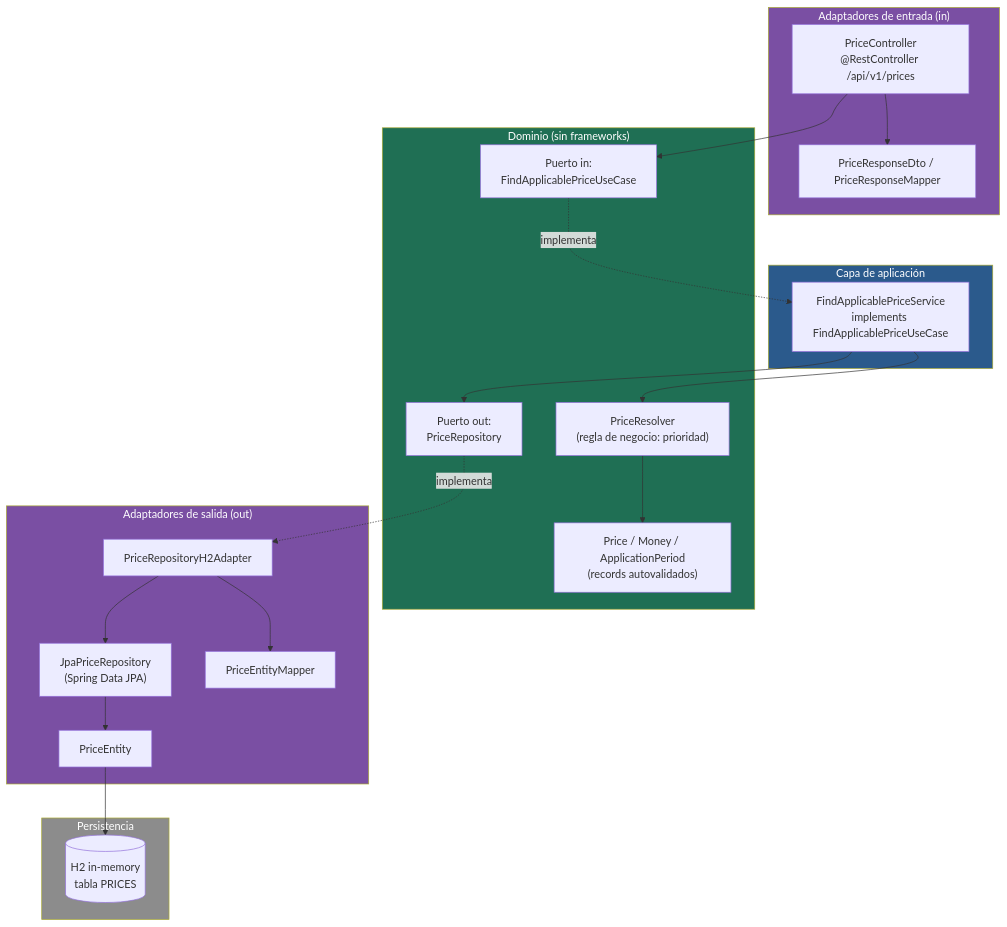
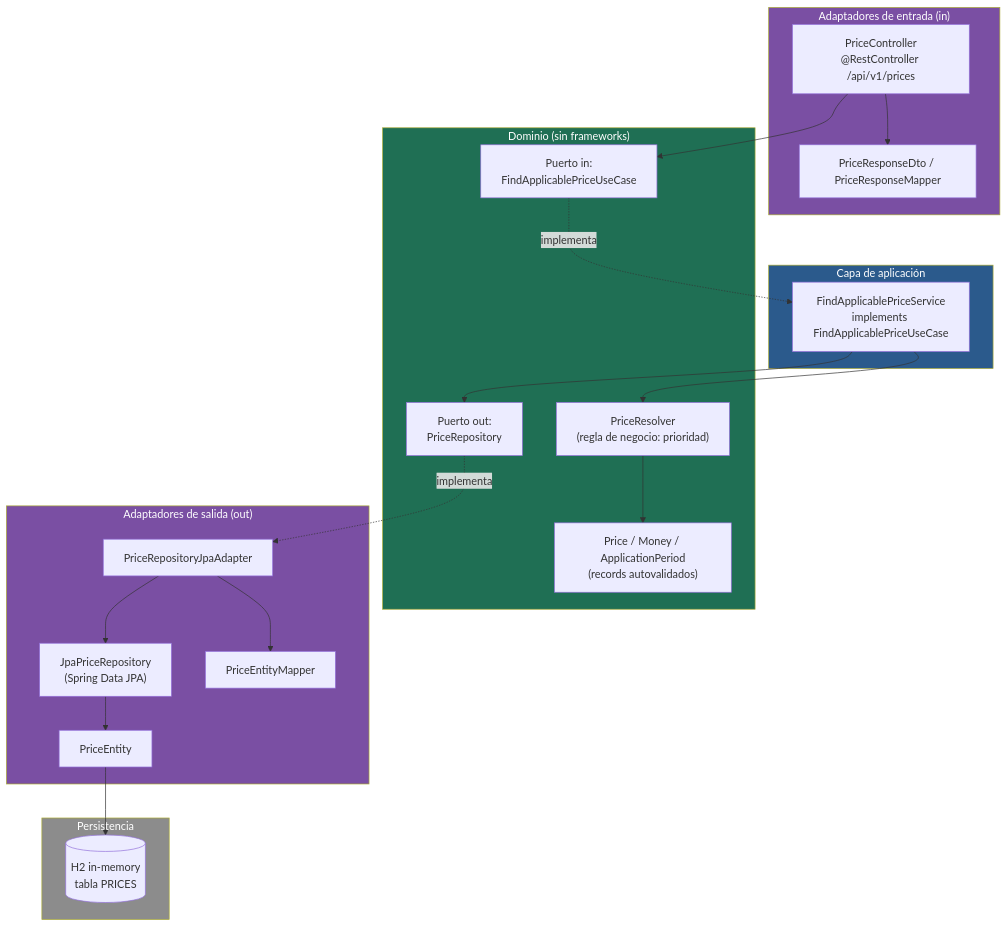
Before and after one commit to emanuelmcp/bcnc-inditex: the first of 6 diagrams in README.md, drawn with Mermaid. The commit also changed other lines of this file, not shown here.

````diff
--- a/README.md
+++ b/README.md
@@ -69,47 +70,47 @@
 ```mermaid
 flowchart TB
   subgraph IN["Adaptadores de entrada (in)"]
     Controller["PriceController<br/>@RestController /api/v1/prices"]
     DtoIn["PriceResponseDto / PriceResponseMapper"]
   end
 
   subgraph APP["Capa de aplicación"]
     Service["FindApplicablePriceService<br/>implements FindApplicablePriceUseCase"]
   end
 
   subgraph DOMAIN["Dominio (sin frameworks)"]
     UseCasePort["Puerto in:<br/>FindApplicablePriceUseCase"]
     RepoPort["Puerto out:<br/>PriceRepository"]
     Resolver["PriceResolver<br/>(regla de negocio: prioridad)"]
     Models["Price / Money / ApplicationPeriod<br/>(records autovalidados)"]
   end
 
   subgraph OUT["Adaptadores de salida (out)"]
-    Adapter["PriceRepositoryH2Adapter"]
+    Adapter["PriceRepositoryJpaAdapter"]
     Jpa["JpaPriceRepository<br/>(Spring Data JPA)"]
     Entity["PriceEntity"]
     EntityMapper["PriceEntityMapper"]
   end
 
   subgraph DB["Persistencia"]
     H2[("H2 in-memory<br/>tabla PRICES")]
   end
 
   Controller --> DtoIn
   Controller --> UseCasePort
   UseCasePort -. implementa .-> Service
   Service --> Resolver
   Service --> RepoPort
   Resolver --> Models
   RepoPort -. implementa .-> Adapter
   Adapter --> Jpa
   Adapter --> EntityMapper
   Jpa --> Entity
   Entity --> H2
 
   style DOMAIN fill:#1f6f54,color:#fff
   style APP fill:#2b5a8c,color:#fff
   style IN fill:#7a4fa3,color:#fff
   style OUT fill:#7a4fa3,color:#fff
   style DB fill:#8c8c8c,color:#fff
 ```
````
